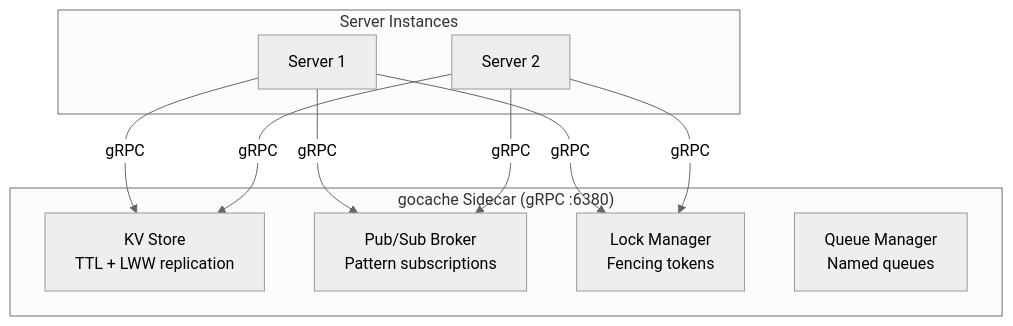
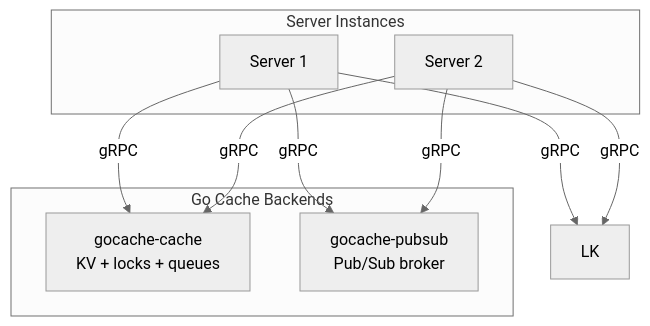
The eighth of 13 diagrams in docs/architecture.md (dnviti/remote-desktop-manager), drawn with Mermaid (neutral theme) before and after one commit. The commit also changed other lines of this file and 74 other files, not shown here.

````diff
--- a/docs/architecture.md
+++ b/docs/architecture.md
@@ -502,21 +503,19 @@
 ```mermaid
 flowchart TD
     subgraph Instances["Server Instances"]
         S1["Server 1"]
         S2["Server 2"]
     end
 
-    subgraph Sidecar["gocache Sidecar (gRPC :6380)"]
-        KV["KV Store<br/>TTL + LWW replication"]
-        PS["Pub/Sub Broker<br/>Pattern subscriptions"]
-        LK["Lock Manager<br/>Fencing tokens"]
-        QU["Queue Manager<br/>Named queues"]
+    subgraph Backends["Go Cache Backends"]
+        KV["gocache-cache<br/>KV + locks + queues"]
+        PS["gocache-pubsub<br/>Pub/Sub broker"]
     end
 
     S1 -->|gRPC| KV
     S1 -->|gRPC| PS
     S1 -->|gRPC| LK
     S2 -->|gRPC| KV
     S2 -->|gRPC| PS
     S2 -->|gRPC| LK
 ```
````
